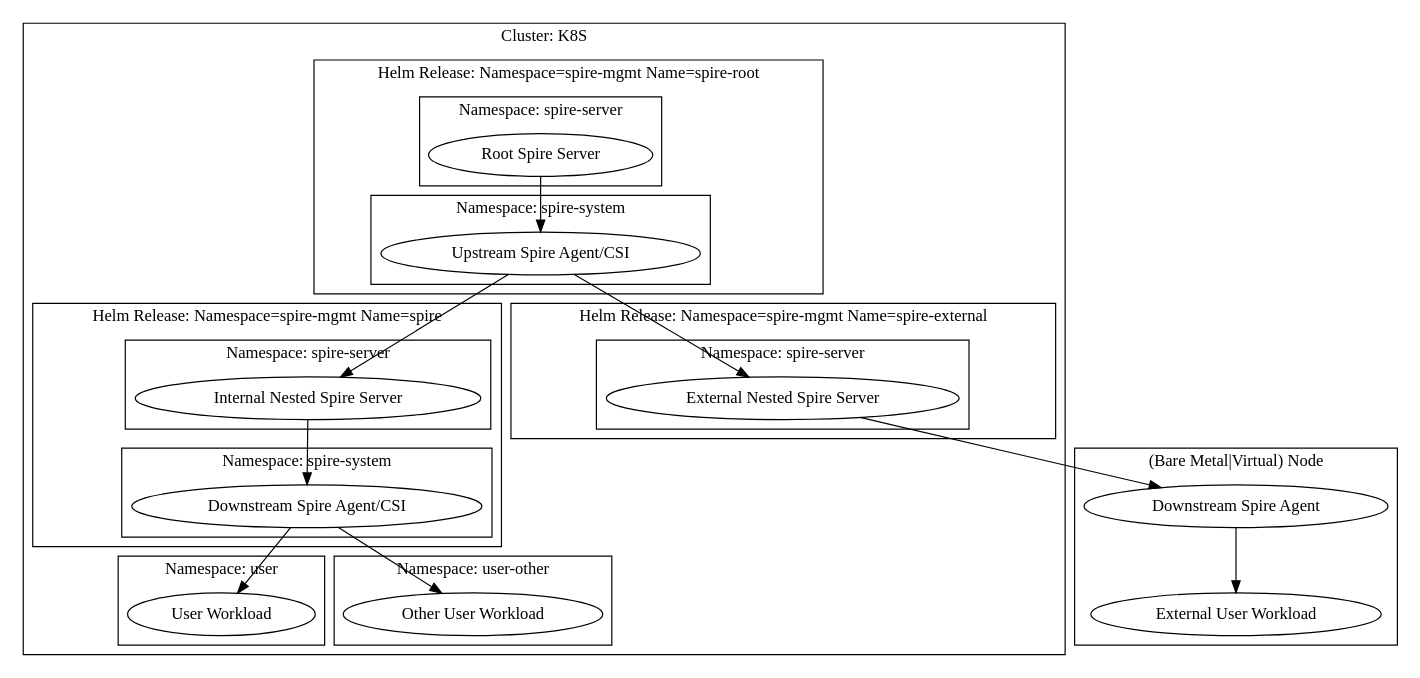
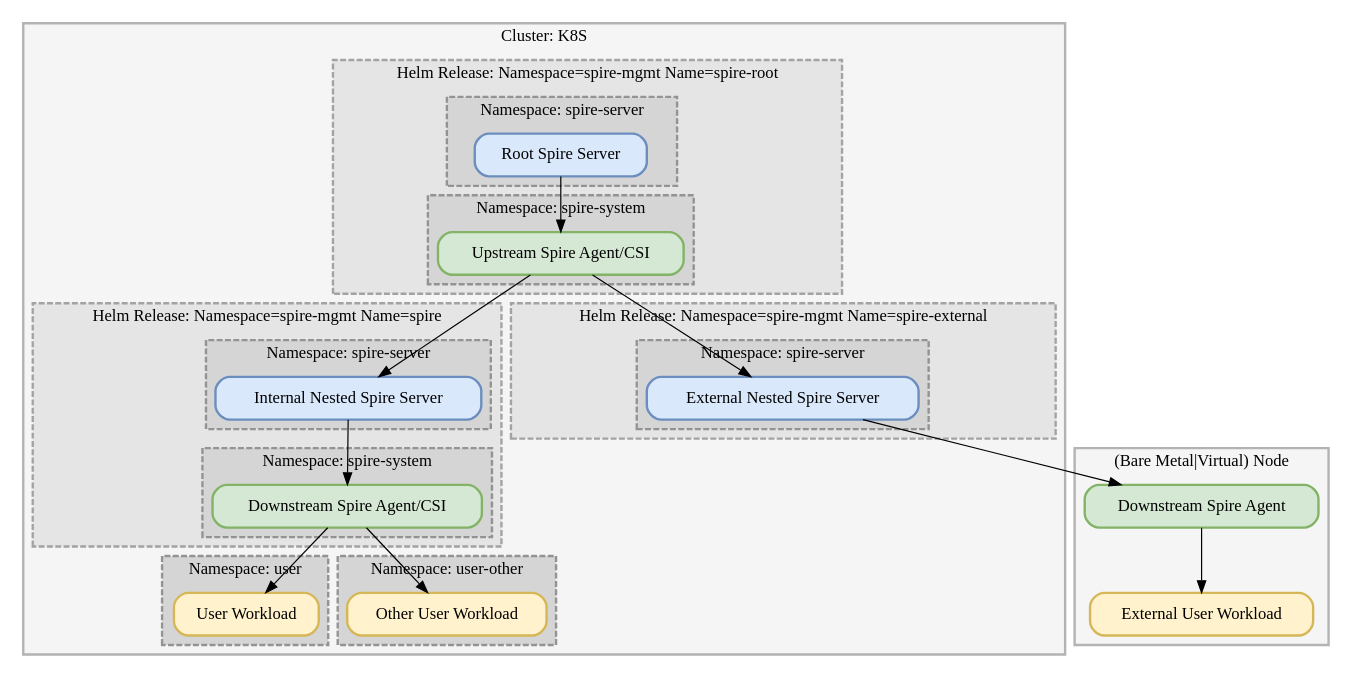
The diagram in static/img/spire-helm-charts-hardened/singlehardened.dot (spiffe/spiffe.io), drawn with Graphviz before and after one commit. The commit also changed 3 other files, not shown here.

Commit message:
Update diagrams

```diff
--- a/static/img/spire-helm-charts-hardened/singlehardened.dot
+++ b/static/img/spire-helm-charts-hardened/singlehardened.dot
@@ -1,55 +1,91 @@
 digraph G {
   subgraph cluster_baremetal {
-     label="(Bare Metal|Virtual) Node"
-    spireDownstreamAgent3 [label="Downstream Spire Agent"];
-    userWorkload3 [label="External User Workload"];
+    label="(Bare Metal|Virtual) Node"
+    style="filled,solid,bold";
+    color="#b3b3b3";
+    fillcolor="#f5f5f5";
+    spireDownstreamAgent3 [label="Downstream Spire Agent",shape="box",style="rounded,solid,filled,bold",color="#82b366",fillcolor="#d5e8d4"];
+    userWorkload3 [label="External User Workload",shape="box",style="rounded,solid,filled,bold",color="#d6b656",fillcolor="#fff2cc"];
   }
   subgraph cluster_k8s {
     label="Cluster: K8S";
+    style="filled,solid,bold";
+    color="#b3b3b3";
+    fillcolor="#f5f5f5";
     subgraph cluster_root_release {
       label="Helm Release: Namespace=spire-mgmt Name=spire-root";
+      style="filled,dashed,bold";
+      color="#a3a3a3";
+      fillcolor="#e5e5e5";
       subgraph cluster_ns_root_server {
+        style="filled,dashed,bold";
+        color="#939393";
+        fillcolor="#d5d5d5";
         label="Namespace: spire-server"
-        spireRoot [label="Root Spire Server"];
+        spireRoot [label="Root Spire Server",shape="box",style="rounded,solid,filled,bold",color="#6c8ebf",fillcolor="#dae8fc"];
       }
       subgraph cluster_ns_1_system {
+        style="filled,dashed,bold";
+        color="#939393";
+        fillcolor="#d5d5d5";
         label="Namespace: spire-system"
-        spireUpstreamAgent1 [label="Upstream Spire Agent/CSI"];
+        spireUpstreamAgent1 [label="Upstream Spire Agent/CSI",shape="box",style="rounded,solid,filled,bold",color="#82b366",fillcolor="#d5e8d4"];
       }
     }
     subgraph cluster_nested1_release {
       label="Helm Release: Namespace=spire-mgmt Name=spire"
+      style="filled,dashed,bold";
+      color="#a3a3a3";
+      fillcolor="#e5e5e5";
       subgraph cluster_ns_nested_server {
+        style="filled,dashed,bold";
+        color="#939393";
+        fillcolor="#d5d5d5";
         label="Namespace: spire-server";
-        spireServerNested1 [label="Internal Nested Spire Server"];
+        spireServerNested1 [label="Internal Nested Spire Server",shape="box",style="rounded,solid,filled,bold",color="#6c8ebf",fillcolor="#dae8fc"];
       }
       subgraph cluster_ns_nested_system {
+        style="filled,dashed,bold";
+        color="#939393";
+        fillcolor="#d5d5d5";
         label="Namespace: spire-system";
-        spireDownstreamAgent1 [label="Downstream Spire Agent/CSI"];
+        spireDownstreamAgent1 [label="Downstream Spire Agent/CSI",shape="box",style="rounded,solid,filled,bold",color="#82b366",fillcolor="#d5e8d4"];
       }
     }
     subgraph cluster_ns_nested_system {
+      style="filled,dashed,bold";
+      color="#939393";
+      fillcolor="#d5d5d5";
       label="Namespace: user";
-      userWorkload1 [label="User Workload"];
+      userWorkload1 [label="User Workload",shape="box",style="rounded,solid,filled,bold",color="#d6b656",fillcolor="#fff2cc"];
     }
     subgraph cluster_ns_nested2_system {
+      style="filled,dashed,bold";
+      color="#939393";
+      fillcolor="#d5d5d5";
       label="Namespace: user-other";
-      userWorkload2 [label="Other User Workload"];
+      userWorkload2 [label="Other User Workload",shape="box",style="rounded,solid,filled,bold",color="#d6b656",fillcolor="#fff2cc"];
     }
     subgraph cluster_nested3_release {
       label="Helm Release: Namespace=spire-mgmt Name=spire-external"
+      style="filled,dashed,bold";
+      color="#a3a3a3";
+      fillcolor="#e5e5e5";
       subgraph cluster_ns_nested2_system {
+        style="filled,dashed,bold";
+        color="#939393";
+        fillcolor="#d5d5d5";
         label="Namespace: spire-server";
-        spireServerNested2 [label="External Nested Spire Server"];
+        spireServerNested2 [label="External Nested Spire Server",shape="box",style="rounded,solid,filled,bold",color="#6c8ebf",fillcolor="#dae8fc"];
       }
     }
     spireRoot -> spireUpstreamAgent1;
     spireUpstreamAgent1 -> spireServerNested1;
     spireServerNested1 -> spireDownstreamAgent1;
     spireDownstreamAgent1 -> userWorkload1;
     spireDownstreamAgent1 -> userWorkload2;
     spireUpstreamAgent1 -> spireServerNested2;
     spireServerNested2 -> spireDownstreamAgent3;
     spireDownstreamAgent3 -> userWorkload3;
   }
 }
```
